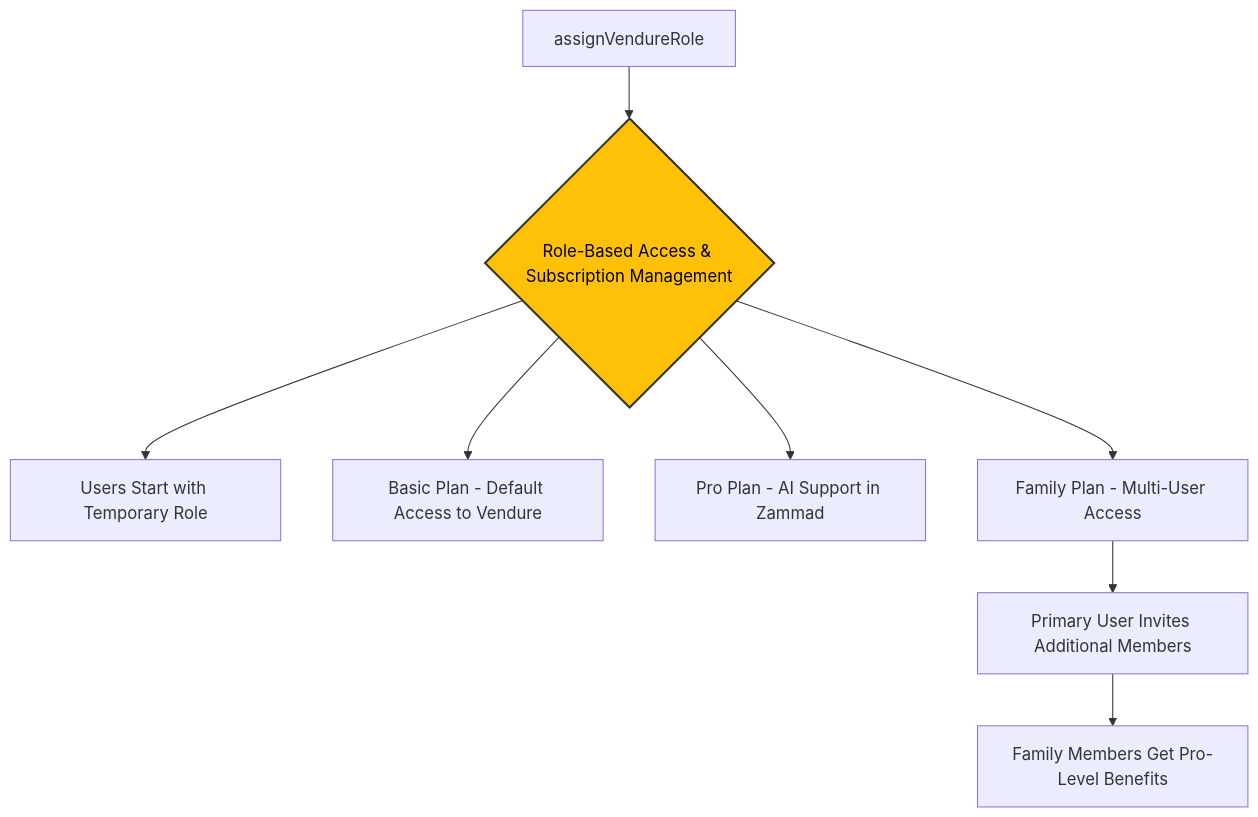
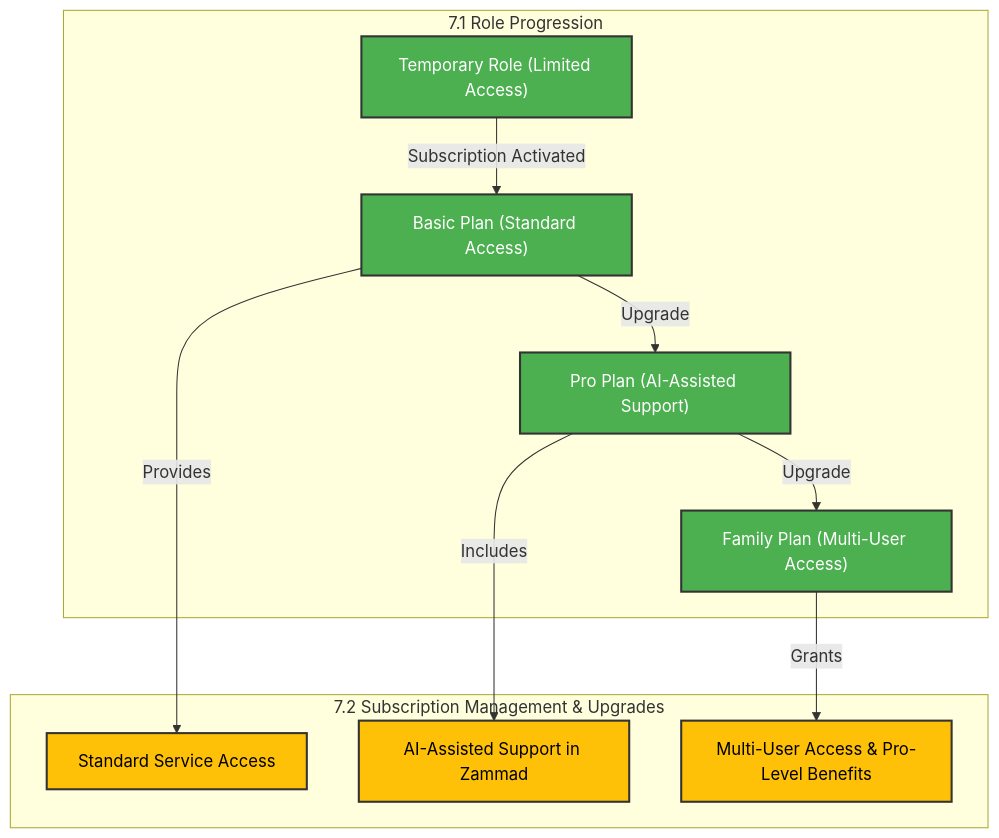
One commit to LuigiClemente/workflow changed the seventh of 10 diagrams in README.md. Above: the diagram before and after it, drawn with Mermaid. The commit also changed other lines of this file, not shown here.

````diff
--- a/README.md
+++ b/README.md
@@ -255,19 +339,33 @@
 ```mermaid
 flowchart TD
     %% Define Colors
-    classDef processStyle fill:#2196F3,stroke:#333,stroke-width:2px,color:#fff;
-    classDef decisionStyle fill:#FFC107,stroke:#333,stroke-width:2px,color:#000;
+    classDef roleStyle fill:#4CAF50,stroke:#333,stroke-width:2px,color:#fff;
+    classDef planStyle fill:#2196F3,stroke:#333,stroke-width:2px,color:#fff;
+    classDef featureStyle fill:#FFC107,stroke:#333,stroke-width:2px,color:#000;
 
-    %% Subscription & Role Management
-    assignVendureRole --> roleBasedAccess{"Role-Based Access & Subscription Management"}
-    class roleBasedAccess decisionStyle
+    %% Role Progression
+    subgraph Role_Progression["7.1 Role Progression"]
+        TempRole["Temporary Role (Limited Access)"]:::roleStyle
+        BasicPlan["Basic Plan (Standard Access)"]:::roleStyle
+        ProPlan["Pro Plan (AI-Assisted Support)"]:::roleStyle
+        FamilyPlan["Family Plan (Multi-User Access)"]:::roleStyle
+    end
 
-    roleBasedAccess --> tempRole["Users Start with Temporary Role"]
-    roleBasedAccess --> basicPlan["Basic Plan - Default Access to Vendure"]
-    roleBasedAccess --> proPlan["Pro Plan - AI Support in Zammad"]
-    roleBasedAccess --> familyPlan["Family Plan - Multi-User Access"]
+    %% Subscription Management & Features
+    subgraph Subscription_Management["7.2 Subscription Management & Upgrades"]
+        BasicFeatures["Standard Service Access"]:::featureStyle
+        ProFeatures["AI-Assisted Support in Zammad"]:::featureStyle
+        FamilyFeatures["Multi-User Access & Pro-Level Benefits"]:::featureStyle
+    end
 
-    familyPlan --> inviteUsers["Primary User Invites Additional Members"]
-    inviteUsers --> assignedProRole["Family Members Get Pro-Level Benefits"]
+    %% Connections
+    TempRole -->|Subscription Activated| BasicPlan
+    BasicPlan -->|Upgrade| ProPlan
+    ProPlan -->|Upgrade| FamilyPlan
+
+    BasicPlan -->|Provides| BasicFeatures
+    ProPlan -->|Includes| ProFeatures
+    FamilyPlan -->|Grants| FamilyFeatures
+
 
 ```
````
